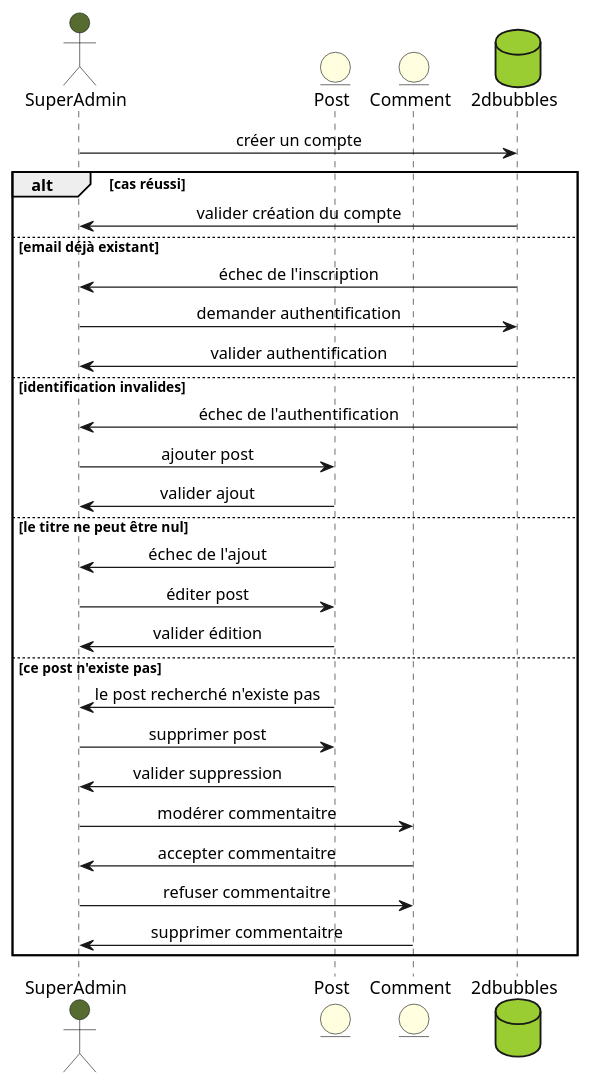
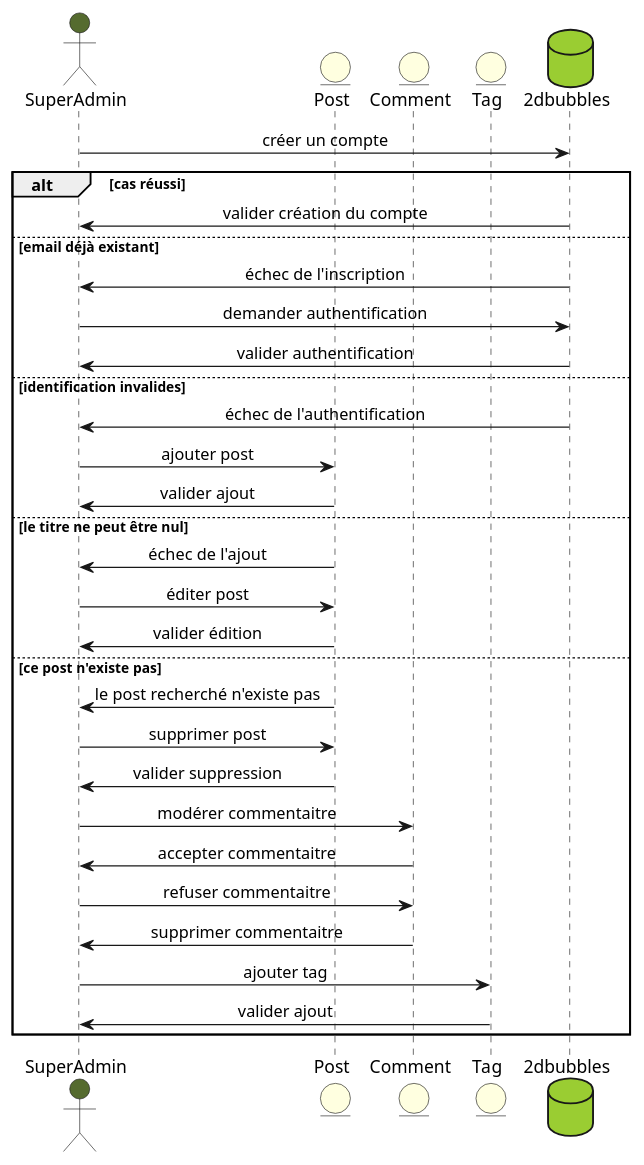
The diagram in diagrammes-uml/Sequence/UserSuperAdminiSequence.puml (laurasullyalexandrine/the2dbubbles), drawn with PlantUML before and after one commit. The commit also changed 4 other files, not shown here.

Commit message:
add usecase into Admin and SuperAdmin usecase

```diff
--- a/diagrammes-uml/Sequence/UserSuperAdminiSequence.puml
+++ b/diagrammes-uml/Sequence/UserSuperAdminiSequence.puml
@@ -1,43 +1,47 @@
 @startuml UserSuperAdminSequence
 
 skinparam responseMessageBelowArrow true
 skinparam SequenceMessageAlignment center
 
 actor SuperAdmin as SuperAdmin #DarkOliveGreen
 
 entity Post as Post #LightYellow
 entity Comment as Comment #LightYellow
+entity Tag as Tag #LightYellow
 
 database 2dbubbles as 2dbubbles #YellowGreen
 
 SuperAdmin -> 2dbubbles: créer un compte
 alt cas réussi
 2dbubbles -> SuperAdmin: valider création du compte
 else email déjà existant 
 2dbubbles -> SuperAdmin: échec de l'inscription
 
 SuperAdmin -> 2dbubbles: demander authentification 
 2dbubbles -> SuperAdmin: valider authentification 
 else identification invalides
 2dbubbles -> SuperAdmin: échec de l'authentification
 
 SuperAdmin -> Post: ajouter post
 Post -> SuperAdmin: valider ajout
 else le titre ne peut être nul
 Post -> SuperAdmin: échec de l'ajout
 
 SuperAdmin -> Post: éditer post
 Post -> SuperAdmin: valider édition
 else ce post n'existe pas
 Post -> SuperAdmin: le post recherché n'existe pas
 
 SuperAdmin -> Post: supprimer post
 Post -> SuperAdmin: valider suppression
 
 SuperAdmin -> Comment: modérer commentaitre
 Comment -> SuperAdmin: accepter commentaitre
 SuperAdmin  -> Comment: refuser commentaitre
 Comment -> SuperAdmin: supprimer commentaitre
 
+SuperAdmin -> Tag: ajouter tag
+Tag -> SuperAdmin: valider ajout
+
 end
 @enduml
```
